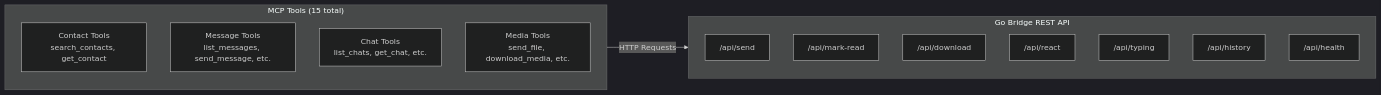
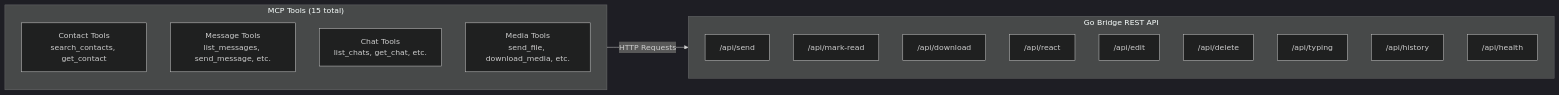
The second of 4 diagrams in README.md (VIRUXE/whatsapp-mcp), drawn with Mermaid (dark theme) before and after one commit. The commit also changed other lines of this file and 5 other files, not shown here.

First line of the commit message:
feat: edit and delete (revoke) sent messages (#1)

````diff
--- a/README.md
+++ b/README.md
@@ -889,23 +911,25 @@
 ```mermaid
 flowchart LR
     subgraph GoAPI["Go Bridge REST API"]
         direction TB
         SEND["/api/send"]
         READ["/api/mark-read"]
         DOWN["/api/download"]
         REACT["/api/react"]
+        EDIT["/api/edit"]
+        DEL["/api/delete"]
         TYPE["/api/typing"]
         HIST["/api/history"]
         HEALTH["/api/health"]
     end
 
     subgraph MCPTools["MCP Tools (15 total)"]
         direction TB
         CONT["Contact Tools<br/>search_contacts, get_contact"]
         MSG["Message Tools<br/>list_messages, send_message, etc."]
         CHAT["Chat Tools<br/>list_chats, get_chat, etc."]
         MEDIA["Media Tools<br/>send_file, download_media, etc."]
     end
 
     MCPTools -->|HTTP Requests| GoAPI
 ```
````
